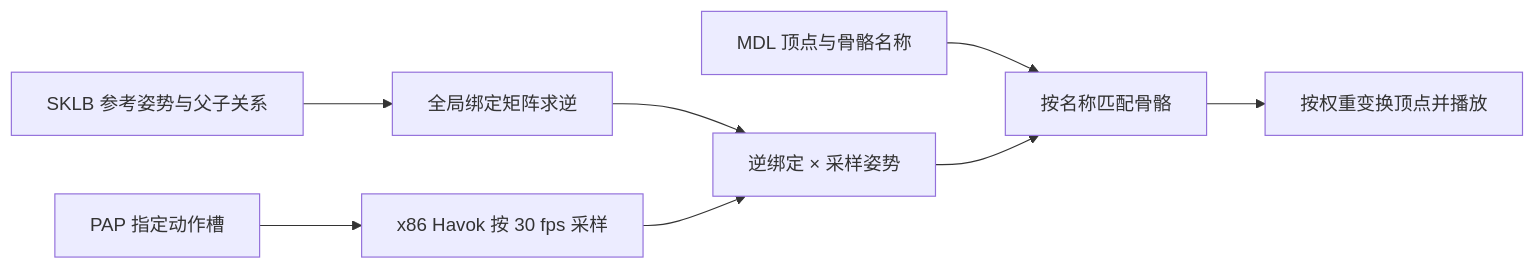
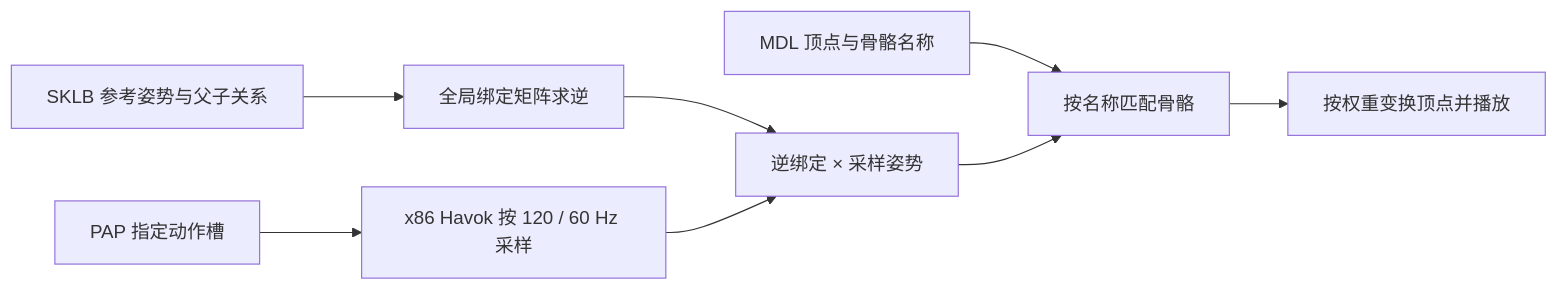
Before and after one commit to SakuraFutaba/FFXIVPatchParser: the diagram in knowledge/models-animation.md, drawn with Mermaid. The commit also changed other lines of this file and 40 other files, not shown here.

````diff
--- a/knowledge/models-animation.md
+++ b/knowledge/models-animation.md
@@ -46,10 +46,10 @@
 ```mermaid
 flowchart LR
     A[MDL 顶点与骨骼名称] --> E[按名称匹配骨骼]
     B[SKLB 参考姿势与父子关系] --> D[全局绑定矩阵求逆]
-    C[PAP 指定动作槽] --> F[x86 Havok 按 30 fps 采样]
+    C[PAP 指定动作槽] --> F[x86 Havok 按 120 / 60 Hz 采样]
     D --> G[逆绑定 × 采样姿势]
     F --> G
     G --> E
     E --> H[按权重变换顶点并播放]
 ```
````
